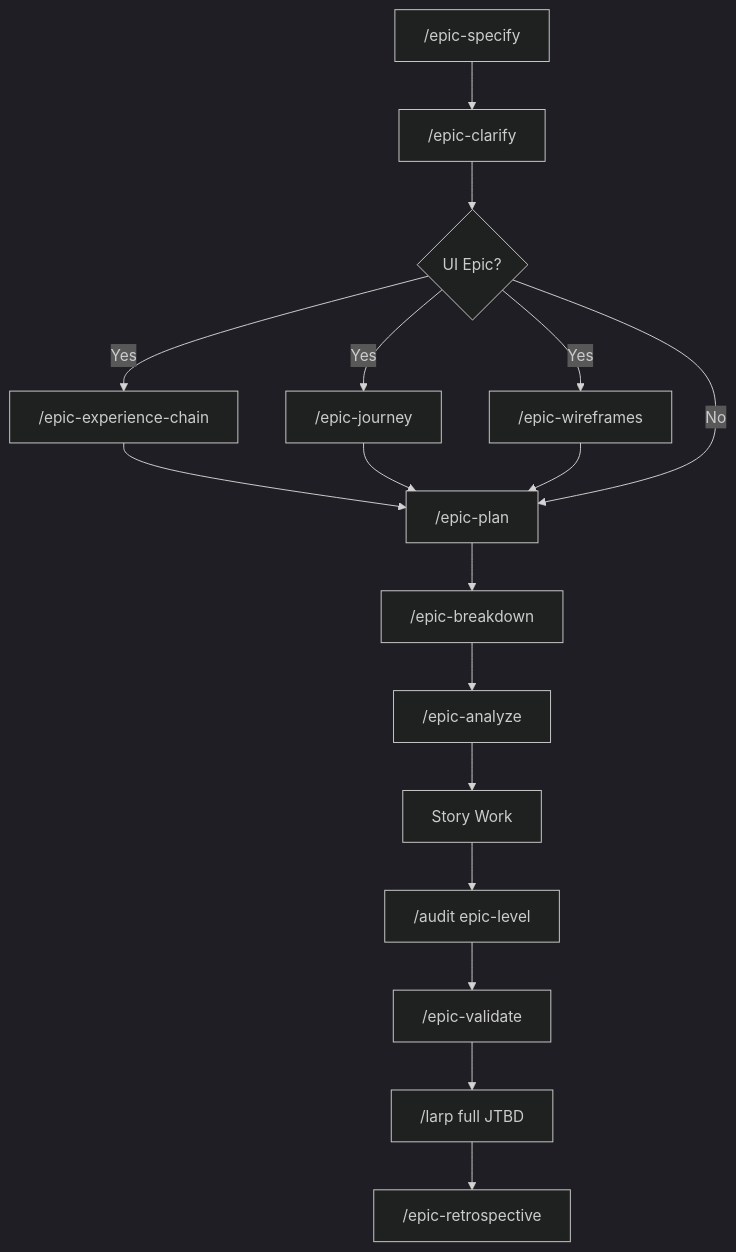
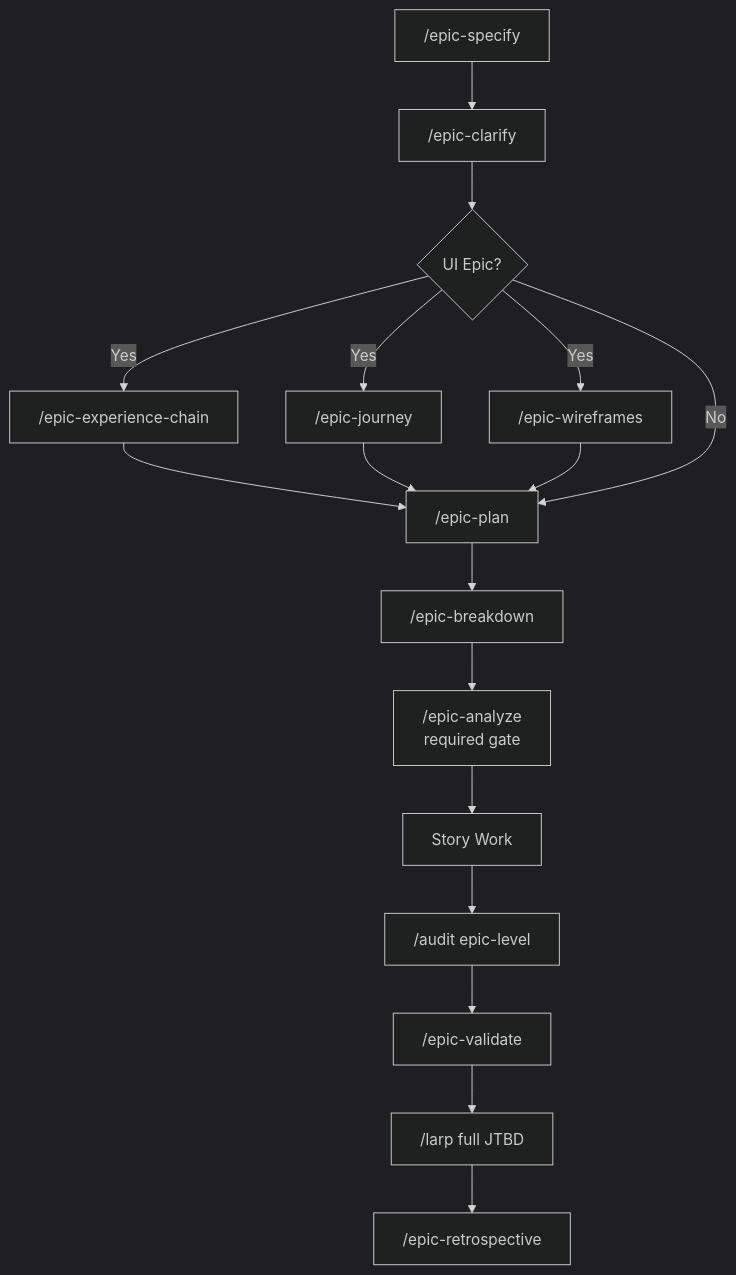
Before and after one commit to telum-ai/speck: the second of 3 diagrams in .speck/README.md, drawn with Mermaid (dark theme). The commit also changed other lines of this file and 27 other files, not shown here.

````diff
--- a/.speck/README.md
+++ b/.speck/README.md
@@ -271,19 +288,19 @@
 ```mermaid
 graph TD
     A["/epic-specify"] --> B["/epic-clarify"]
     B --> C{"UI Epic?"}
     C -->|Yes| D["/epic-experience-chain"]
     C -->|Yes| E["/epic-journey"]
     C -->|Yes| F["/epic-wireframes"]
     D --> G["/epic-plan"]
     E --> G
     F --> G
     C -->|No| G
     G --> H["/epic-breakdown"]
-    H --> I["/epic-analyze"]
+    H --> I["/epic-analyze<br/>required gate"]
     I --> J["Story Work"]
     J --> K["/audit epic-level"]
     K --> L["/epic-validate"]
     L --> M["/larp full JTBD"]
     M --> N["/epic-retrospective"]
 ```
````
